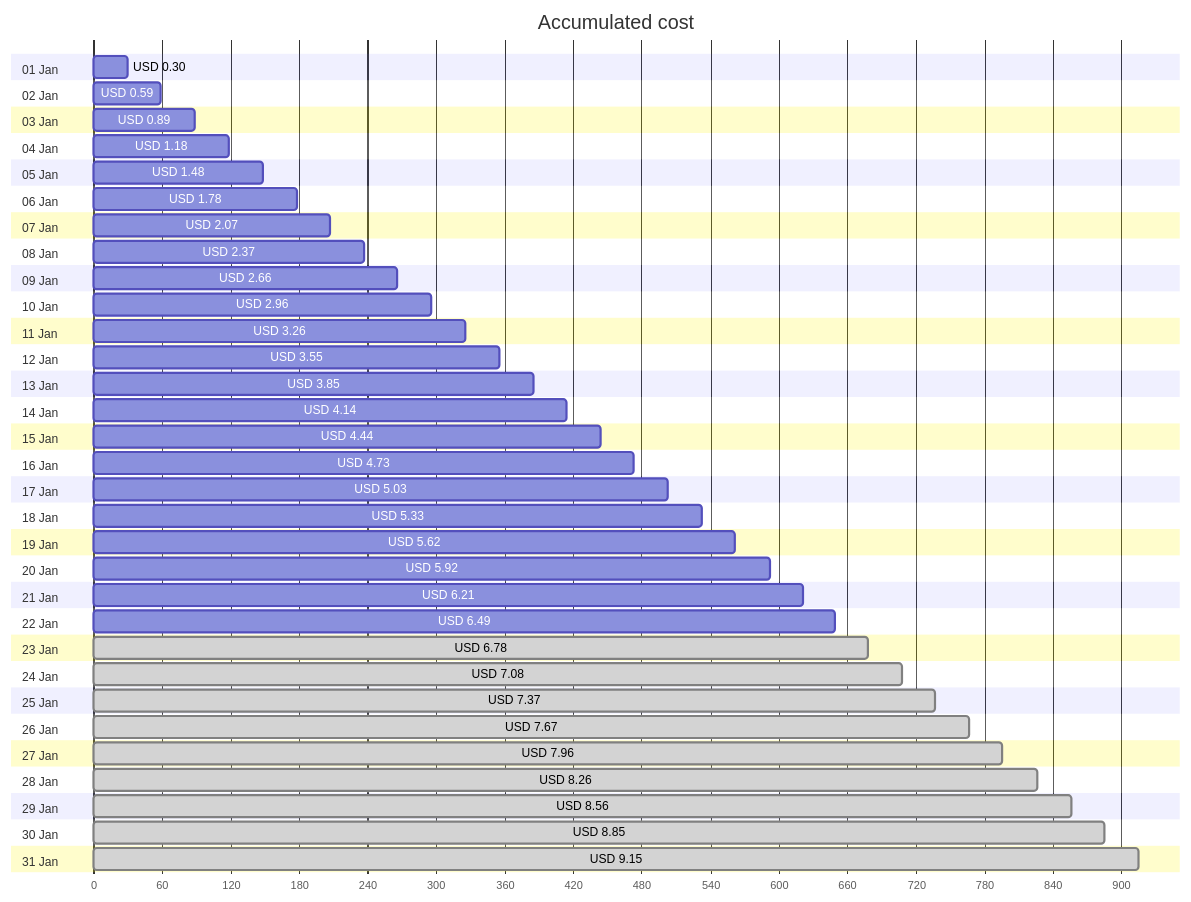
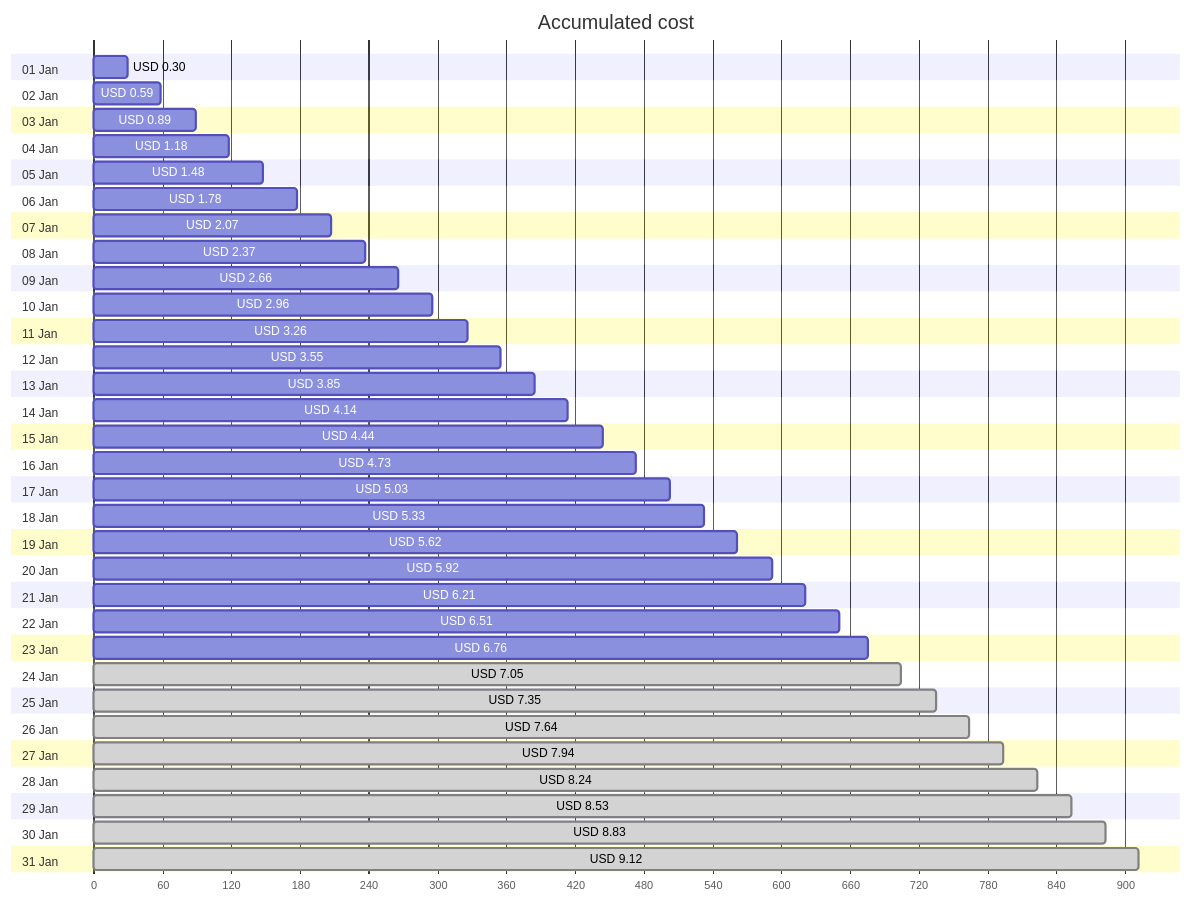
The first of 4 diagrams in cost-reports/personal-site/personal-site-preview.md (jpfulton/azure-personal-reports), drawn with Mermaid before and after one commit. The commit also changed other lines of this file and 6 other files, not shown here.

````diff
--- a/cost-reports/personal-site/personal-site-preview.md
+++ b/cost-reports/personal-site/personal-site-preview.md
@@ -20,68 +20,68 @@
 ```mermaid
 gantt
    title Accumulated cost
    dateFormat  X
    axisFormat %s
    section 01 Jan
    USD 0.30 :0, 30
    section 02 Jan
    USD 0.59 :0, 59
    section 03 Jan
    USD 0.89 :0, 89
    section 04 Jan
    USD 1.18 :0, 118
    section 05 Jan
    USD 1.48 :0, 148
    section 06 Jan
    USD 1.78 :0, 178
    section 07 Jan
    USD 2.07 :0, 207
    section 08 Jan
    USD 2.37 :0, 237
    section 09 Jan
    USD 2.66 :0, 266
    section 10 Jan
    USD 2.96 :0, 296
    section 11 Jan
    USD 3.26 :0, 326
    section 12 Jan
    USD 3.55 :0, 355
    section 13 Jan
    USD 3.85 :0, 385
    section 14 Jan
    USD 4.14 :0, 414
    section 15 Jan
    USD 4.44 :0, 444
    section 16 Jan
    USD 4.73 :0, 473
    section 17 Jan
    USD 5.03 :0, 503
    section 18 Jan
    USD 5.33 :0, 533
    section 19 Jan
    USD 5.62 :0, 562
    section 20 Jan
    USD 5.92 :0, 592
    section 21 Jan
    USD 6.21 :0, 621
    section 22 Jan
-   USD 6.49 :0, 649
+   USD 6.51 :0, 651
    section 23 Jan
-   USD 6.78 : done, 0, 678
+   USD 6.76 :0, 676
    section 24 Jan
-   USD 7.08 : done, 0, 708
+   USD 7.05 : done, 0, 705
    section 25 Jan
-   USD 7.37 : done, 0, 737
+   USD 7.35 : done, 0, 735
    section 26 Jan
-   USD 7.67 : done, 0, 767
+   USD 7.64 : done, 0, 764
    section 27 Jan
-   USD 7.96 : done, 0, 796
+   USD 7.94 : done, 0, 794
    section 28 Jan
-   USD 8.26 : done, 0, 826
+   USD 8.24 : done, 0, 824
    section 29 Jan
-   USD 8.56 : done, 0, 856
+   USD 8.53 : done, 0, 853
    section 30 Jan
-   USD 8.85 : done, 0, 885
+   USD 8.83 : done, 0, 883
    section 31 Jan
-   USD 9.15 : done, 0, 915
+   USD 9.12 : done, 0, 912
 ```
````
